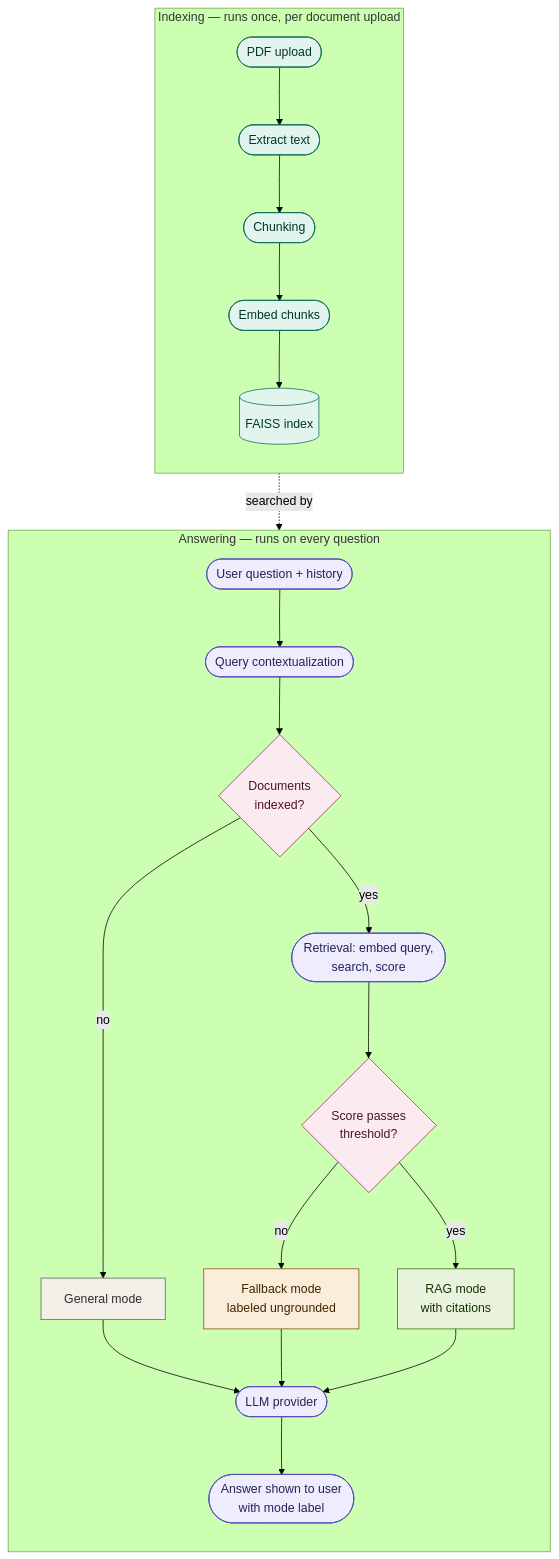
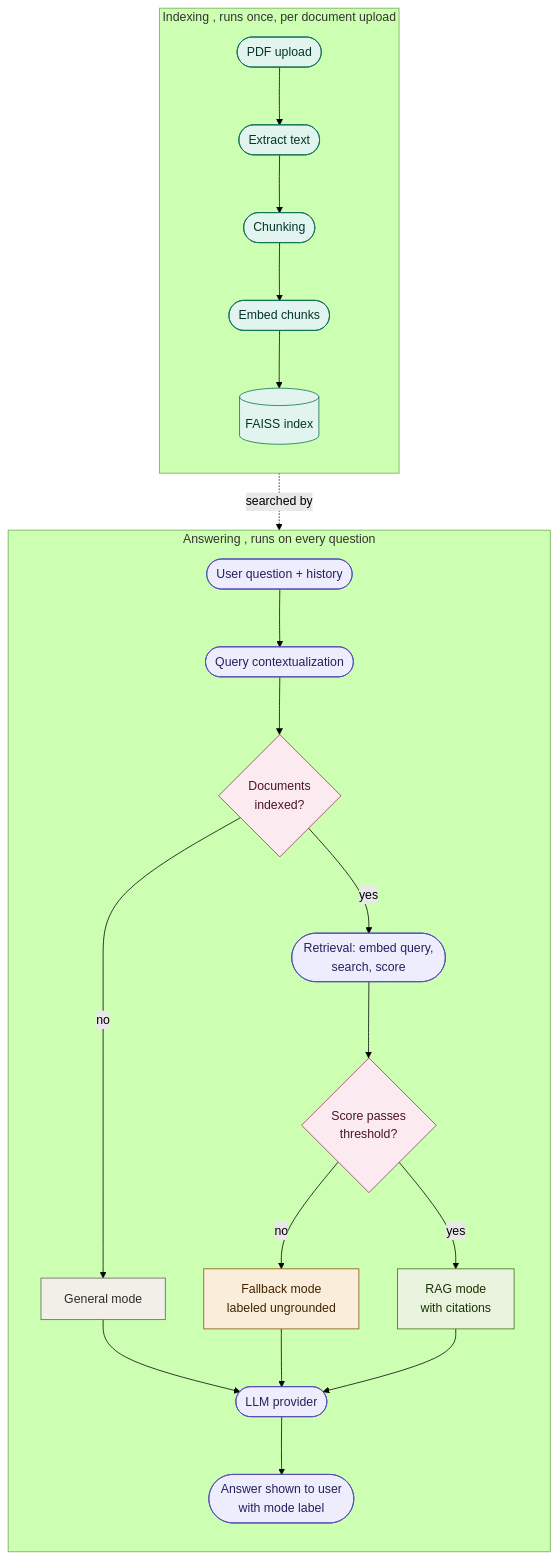
The diagram in README.md (OT75/Raggy2), drawn with Mermaid (forest theme) before and after one commit. The commit also changed other lines of this file, not shown here.

````diff
--- a/README.md
+++ b/README.md
@@ -46,52 +46,52 @@
 ```mermaid
 flowchart TB
-    subgraph Indexing["Indexing — runs once, per document upload"]
+    subgraph Indexing["Indexing , runs once, per document upload"]
         direction TB
         Upload(["PDF upload"])
         Extract(["Extract text"])
         Chunk(["Chunking"])
         EmbedDocs(["Embed chunks"])
         FAISS[("FAISS index")]
         Upload --> Extract --> Chunk --> EmbedDocs --> FAISS
     end
 
-    subgraph Answering["Answering — runs on every question"]
+    subgraph Answering["Answering , runs on every question"]
         direction TB
         Question(["User question + history"])
         Context(["Query contextualization"])
         HasDocs{"Documents<br/>indexed?"}
         Retrieval(["Retrieval: embed query,<br/>search, score"])
         PassesThreshold{"Score passes<br/>threshold?"}
         General["General mode"]
         Fallback["Fallback mode<br/>labeled ungrounded"]
         RAG["RAG mode<br/>with citations"]
         LLM(["LLM provider"])
         Answer(["Answer shown to user<br/>with mode label"])
 
         Question --> Context --> HasDocs
         HasDocs -->|no| General
         HasDocs -->|yes| Retrieval --> PassesThreshold
         PassesThreshold -->|no| Fallback
         PassesThreshold -->|yes| RAG
         General --> LLM
         Fallback --> LLM
         RAG --> LLM
         LLM --> Answer
     end
 
     FAISS -.->|searched by| Retrieval
 
     classDef idx fill:#E1F5EE,stroke:#0F6E56,color:#04342C
     classDef ans fill:#EEEDFE,stroke:#534AB7,color:#26215C
     classDef decision fill:#FBEAF0,stroke:#993556,color:#4B1528
     classDef general fill:#F1EFE8,stroke:#5F5E5A,color:#2C2C2A
     classDef fallback fill:#FAEEDA,stroke:#854F0B,color:#412402
     classDef rag fill:#EAF3DE,stroke:#3B6D11,color:#173404
 
     class Upload,Extract,Chunk,EmbedDocs,FAISS idx
     class Question,Context,Retrieval,LLM,Answer ans
     class HasDocs,PassesThreshold decision
     class General general
     class Fallback fallback
     class RAG rag
 ```
````
